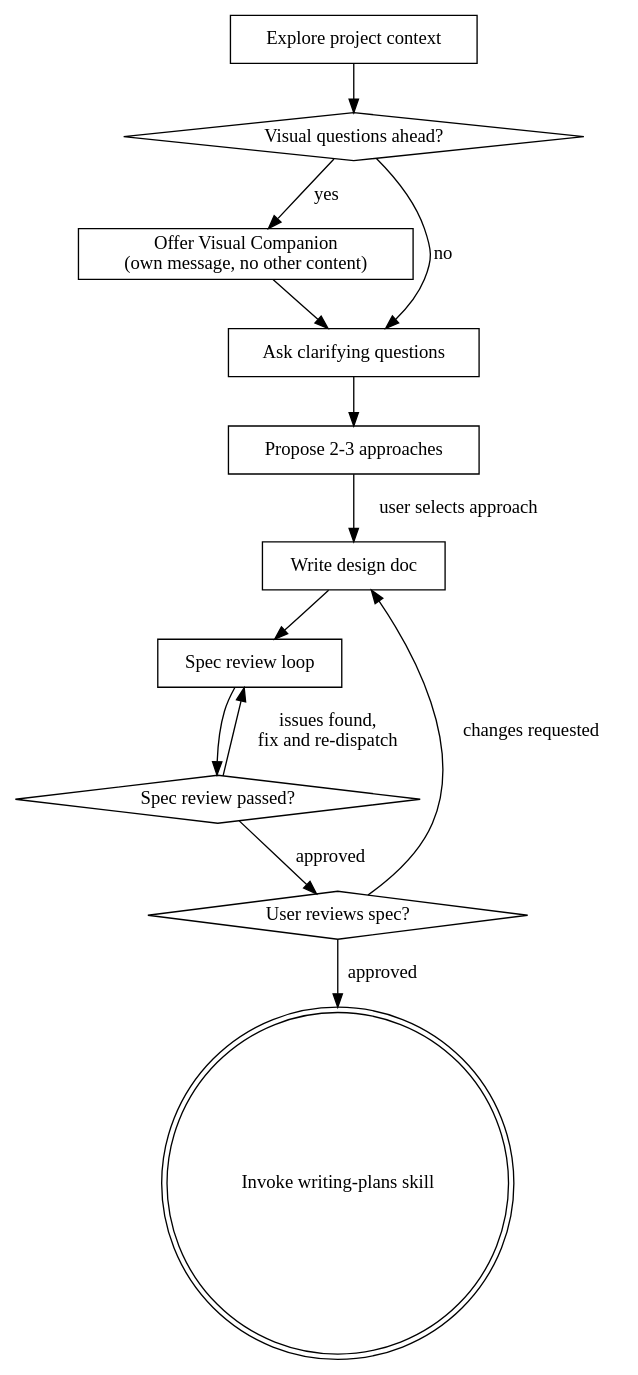
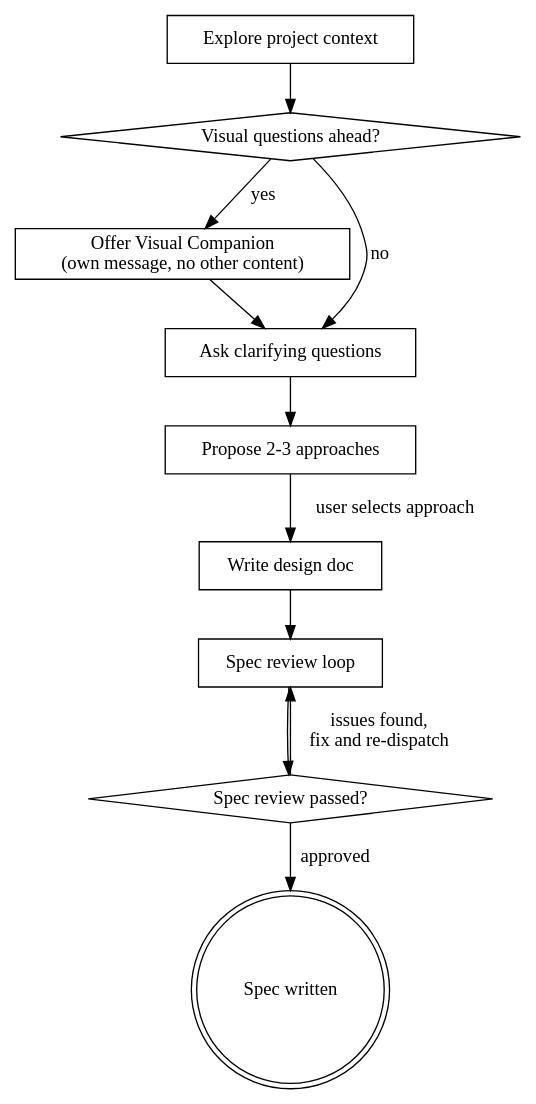
One commit to niean/locals changed the diagram in photo-editor/.harness/framework/skills/superpowers/brainstorming.md. Above: the diagram before and after it, drawn with Graphviz. The commit also changed other lines of this file and 39 other files, not shown here.

````diff
--- a/photo-editor/.harness/framework/skills/superpowers/brainstorming.md
+++ b/photo-editor/.harness/framework/skills/superpowers/brainstorming.md
@@ -35,27 +33,24 @@
 ```dot
 digraph brainstorming {
     "Explore project context" [shape=box];
     "Visual questions ahead?" [shape=diamond];
     "Offer Visual Companion\n(own message, no other content)" [shape=box];
     "Ask clarifying questions" [shape=box];
     "Propose 2-3 approaches" [shape=box];
     "Write design doc" [shape=box];
     "Spec review loop" [shape=box];
     "Spec review passed?" [shape=diamond];
-    "User reviews spec?" [shape=diamond];
-    "Invoke writing-plans skill" [shape=doublecircle];
+    "Spec written" [shape=doublecircle];
 
     "Explore project context" -> "Visual questions ahead?";
     "Visual questions ahead?" -> "Offer Visual Companion\n(own message, no other content)" [label="yes"];
     "Visual questions ahead?" -> "Ask clarifying questions" [label="no"];
     "Offer Visual Companion\n(own message, no other content)" -> "Ask clarifying questions";
     "Ask clarifying questions" -> "Propose 2-3 approaches";
     "Propose 2-3 approaches" -> "Write design doc" [label="user selects approach"];
     "Write design doc" -> "Spec review loop";
     "Spec review loop" -> "Spec review passed?";
     "Spec review passed?" -> "Spec review loop" [label="issues found,\nfix and re-dispatch"];
-    "Spec review passed?" -> "User reviews spec?" [label="approved"];
-    "User reviews spec?" -> "Write design doc" [label="changes requested"];
-    "User reviews spec?" -> "Invoke writing-plans skill" [label="approved"];
+    "Spec review passed?" -> "Spec written" [label="approved"];
 }
 ```
````
